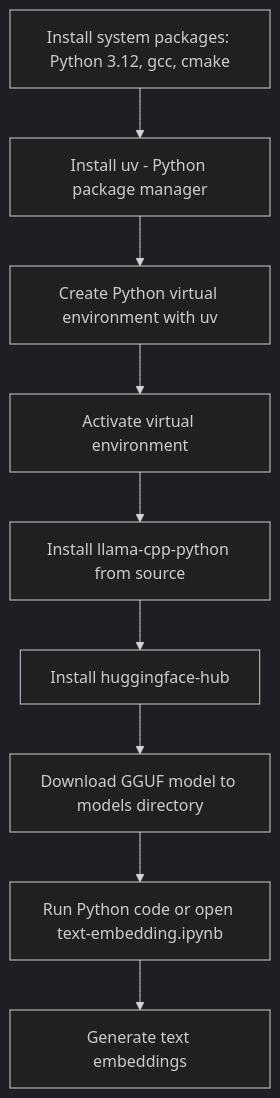
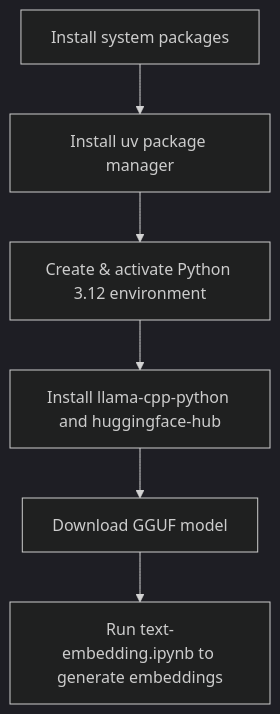
One commit to shaikhq/llama.cpp-project changed the diagram in README.md. Above: the diagram before and after it, drawn with Mermaid (dark theme). The commit also changed other lines of this file, not shown here.

````diff
--- a/README.md
+++ b/README.md
@@ -51,11 +51,8 @@
 ```mermaid
 flowchart TD
-    B[Install system packages: Python 3.12, gcc, cmake] --> C[Install uv - Python package manager]
-    C --> D[Create Python virtual environment with uv]
-    D --> E[Activate virtual environment]
-    E --> F[Install llama-cpp-python from source]
-    F --> G[Install huggingface-hub]
-    G --> H[Download GGUF model to models directory]
-    H --> I[Run Python code or open text-embedding.ipynb]
-    I --> J[Generate text embeddings]
+    A[Install system packages] --> B[Install uv package manager]
+    B --> C[Create & activate Python 3.12 environment]
+    C --> D[Install llama-cpp-python and huggingface-hub]
+    D --> E[Download GGUF model]
+    E --> F[Run text-embedding.ipynb to generate embeddings]
 ```
````
